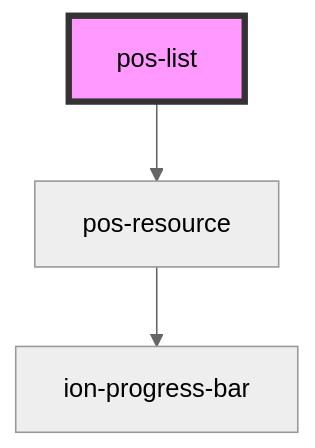
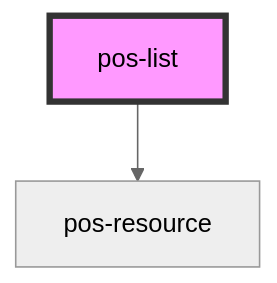
One commit to pod-os/PodOS changed the diagram in docs/elements/components/pos-list/readme.md. Above: the diagram before and after it, drawn with Mermaid (neutral theme). The commit also changed 31 other files, not shown here.

````diff
--- a/docs/elements/components/pos-list/readme.md
+++ b/docs/elements/components/pos-list/readme.md
@@ -28,6 +28,5 @@
 ```mermaid
 graph TD;
   pos-list --> pos-resource
-  pos-resource --> ion-progress-bar
   style pos-list fill:#f9f,stroke:#333,stroke-width:4px
 ```
````
